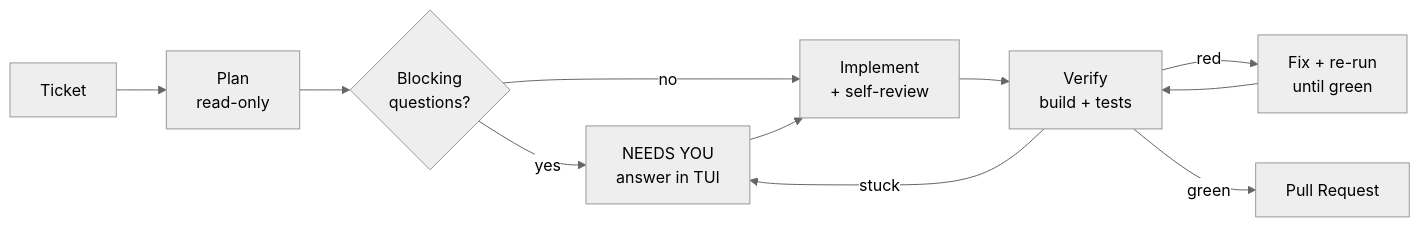
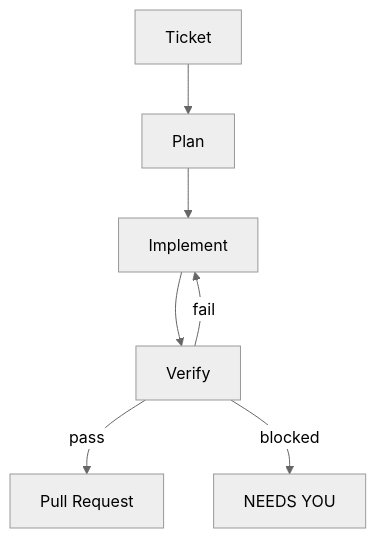
The diagram in README.md (andresuarezz26/magneton), drawn with Mermaid (neutral theme) before and after one commit. The commit also changed other lines of this file, not shown here.

Commit message:
docs: rename section to 'The loop', simplify diagram for mobile
Vertical flowchart with 6 nodes instead of a wide 9-node LR graph;
stacks cleanly on narrow screens. Verify loops back to Implement on
fail, opens a PR on pass, routes to NEEDS YOU when blocked.

````diff
--- a/README.md
+++ b/README.md
@@ -21,13 +21,9 @@
 ```mermaid
-flowchart LR
-    A[Ticket] --> B[Plan<br/>read-only]
-    B --> C{Blocking<br/>questions?}
-    C -->|yes| H[NEEDS YOU<br/>answer in TUI]
-    C -->|no| D[Implement<br/>+ self-review]
-    D --> E[Verify<br/>build + tests]
-    E -->|red| D2[Fix + re-run<br/>until green]
-    D2 --> E
-    E -->|green| F[Pull Request]
-    E -->|stuck| H
-    H --> D
+flowchart TD
+    A[Ticket] --> B[Plan]
+    B --> C[Implement]
+    C --> D[Verify]
+    D -->|pass| E[Pull Request]
+    D -->|fail| C
+    D -->|blocked| F[NEEDS YOU]
 ```
````
